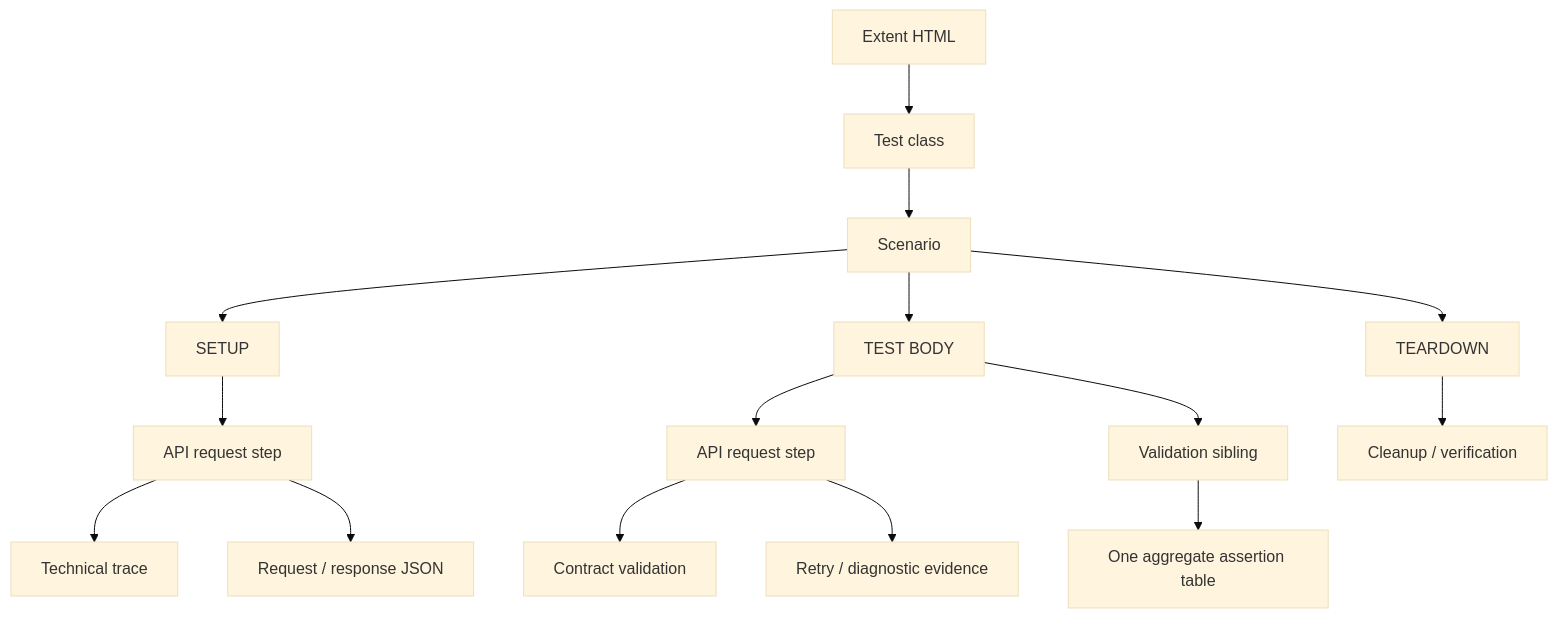
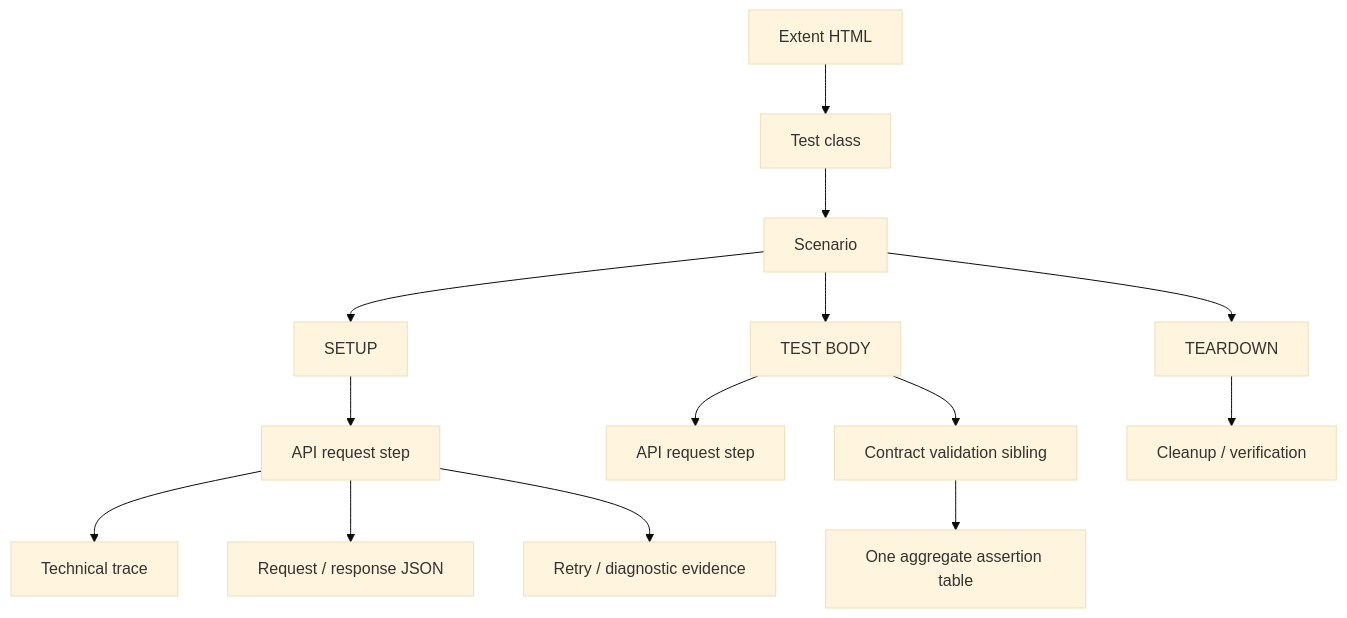
One commit to crististefanita/CS1 changed the second of 8 diagrams in README.md. Above: the diagram before and after it, drawn with Mermaid (base theme). The commit also changed other lines of this file and 128 other files, not shown here.

Commit message:
Refactor ATF reporting and expand test architecture

````diff
--- a/README.md
+++ b/README.md
@@ -97,17 +97,16 @@
 ```mermaid
 flowchart TD
     A[Extent HTML] --> B[Test class]
     B --> C[Scenario]
     C --> D[SETUP]
     C --> E[TEST BODY]
     C --> F[TEARDOWN]
     D --> G[API request step]
     E --> H[API request step]
     F --> I[Cleanup / verification]
     G --> J[Technical trace]
     G --> K[Request / response JSON]
-    H --> L[Contract validation]
-    H --> M[Retry / diagnostic evidence]
-    E --> N[Validation sibling]
+    G --> M[Retry / diagnostic evidence]
+    E --> N[Contract validation sibling]
     N --> O[One aggregate assertion table]
 ```
````
